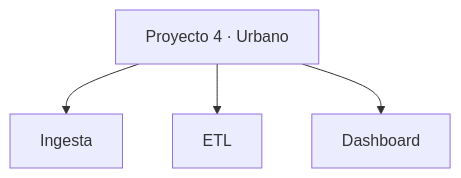
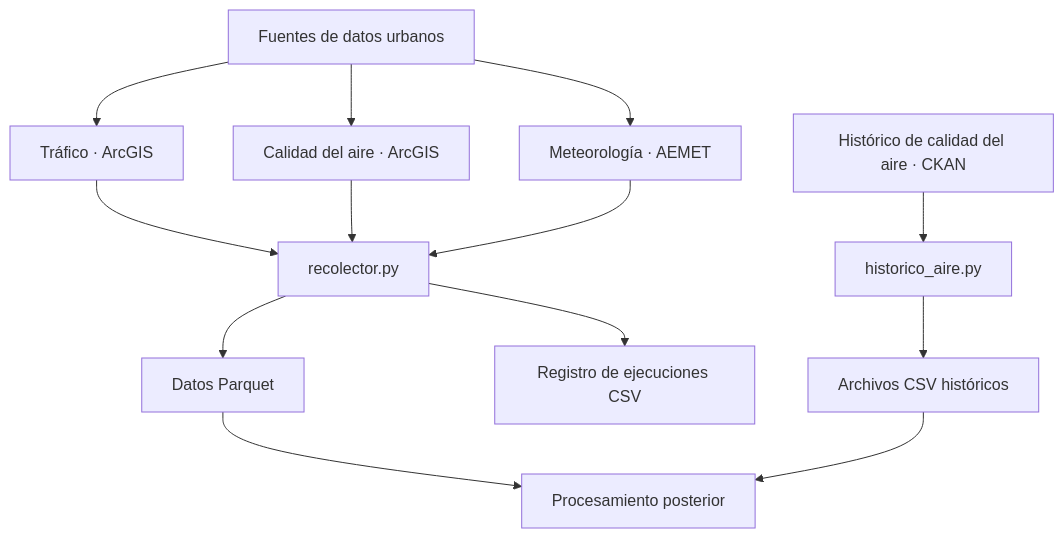
Before and after one commit to AndreuAlfonsoIABD/bigdata-p4-urbano: the diagram in README.md, drawn with Mermaid. The commit also changed other lines of this file and 6 other files, not shown here.

Commit message:
Practica 4: Datos Abiertos Urbanos

````diff
--- a/README.md
+++ b/README.md
@@ -11,7 +11,20 @@
 ```mermaid
 flowchart TD
-    A[Proyecto 4 · Urbano]
-    A --> B[Ingesta]
-    A --> C[ETL]
-    A --> D[Dashboard]
+    A[Fuentes de datos urbanos]
+    A --> B[Tráfico · ArcGIS]
+    A --> C[Calidad del aire · ArcGIS]
+    A --> D[Meteorología · AEMET]
+
+    B --> E[recolector.py]
+    C --> E
+    D --> E
+
+    E --> F[Datos Parquet]
+    E --> G[Registro de ejecuciones CSV]
+
+    H[Histórico de calidad del aire · CKAN] --> I[historico_aire.py]
+    I --> J[Archivos CSV históricos]
+
+    F --> K[Procesamiento posterior]
+    J --> K
 ```
````
